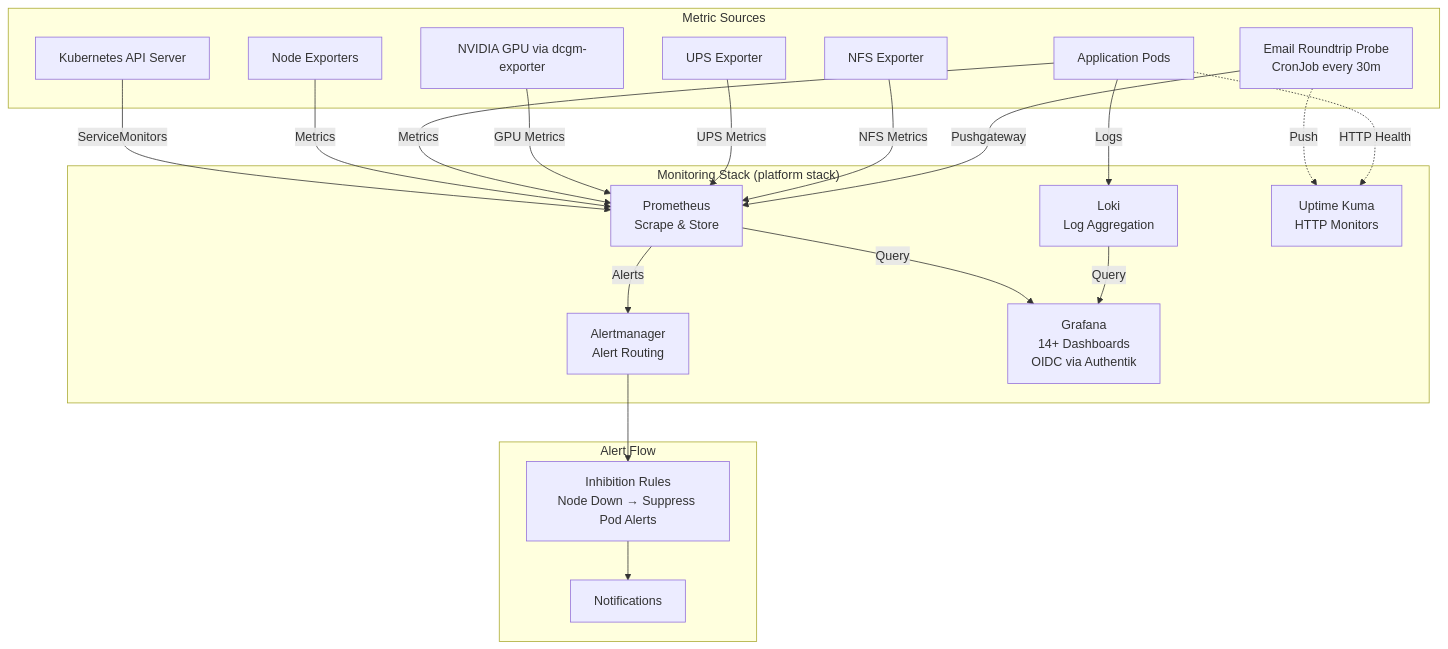
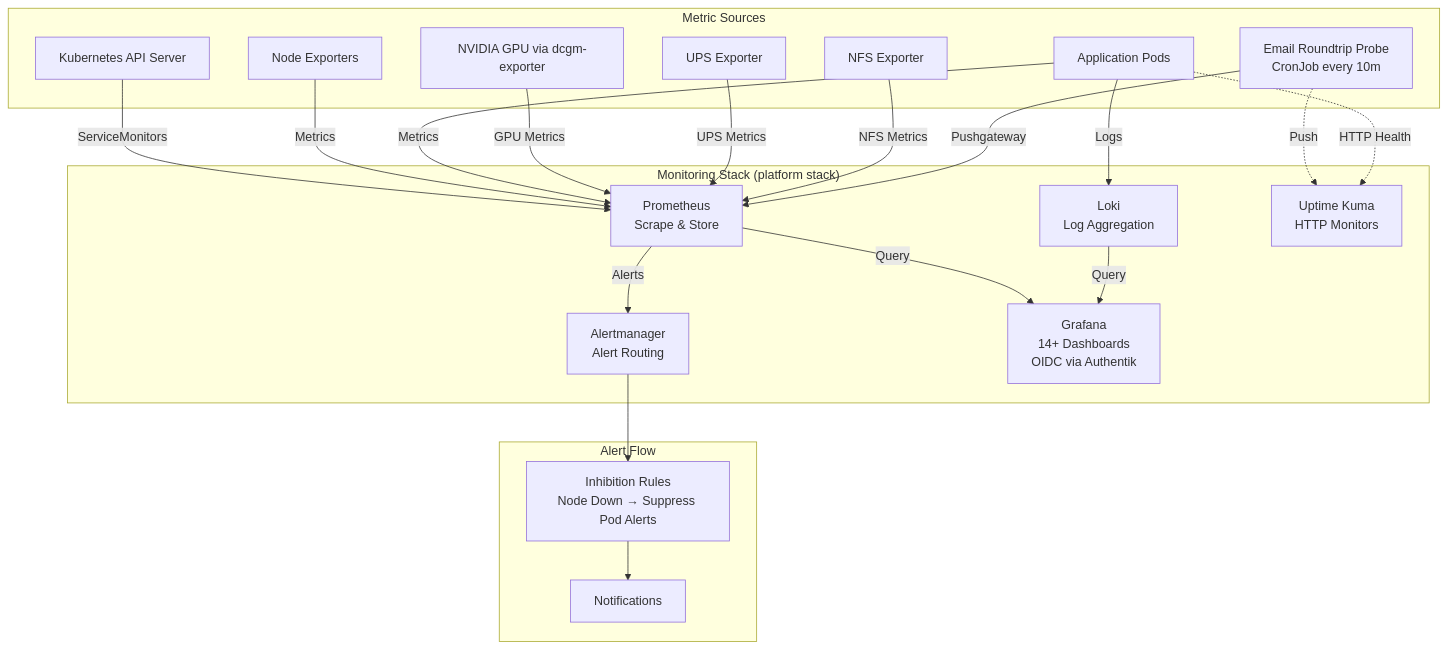
The first of 2 diagrams in docs/architecture/monitoring.md (ViktorBarzin/infra), drawn with Mermaid before and after one commit. The commit also changed other lines of this file and 10 other files, not shown here.

````diff
--- a/docs/architecture/monitoring.md
+++ b/docs/architecture/monitoring.md
@@ -9,44 +9,44 @@
 ```mermaid
 graph TB
     subgraph "Metric Sources"
         K8S[Kubernetes API Server]
         NODES[Node Exporters]
         PODS[Application Pods]
         GPU[NVIDIA GPU via dcgm-exporter]
         UPS[UPS Exporter]
         NFS[NFS Exporter]
-        EMAIL[Email Roundtrip Probe<br/>CronJob every 30m]
+        EMAIL[Email Roundtrip Probe<br/>CronJob every 10m]
     end
 
     subgraph "Monitoring Stack (platform stack)"
         PROM[Prometheus<br/>Scrape & Store]
         LOKI[Loki<br/>Log Aggregation]
         AM[Alertmanager<br/>Alert Routing]
         GRAFANA[Grafana<br/>14+ Dashboards<br/>OIDC via Authentik]
         UPTIME[Uptime Kuma<br/>HTTP Monitors]
     end
 
     subgraph "Alert Flow"
         INHIBIT[Inhibition Rules<br/>Node Down → Suppress Pod Alerts]
         NOTIFY[Notifications]
     end
 
     K8S -->|ServiceMonitors| PROM
     NODES -->|Metrics| PROM
     PODS -->|Metrics| PROM
     PODS -->|Logs| LOKI
     GPU -->|GPU Metrics| PROM
     UPS -->|UPS Metrics| PROM
     NFS -->|NFS Metrics| PROM
 
     PROM -->|Query| GRAFANA
     PROM -->|Alerts| AM
     LOKI -->|Query| GRAFANA
 
     AM --> INHIBIT
     INHIBIT --> NOTIFY
 
     EMAIL -->|Pushgateway| PROM
     EMAIL -.->|Push| UPTIME
     PODS -.->|HTTP Health| UPTIME
 ```
````
